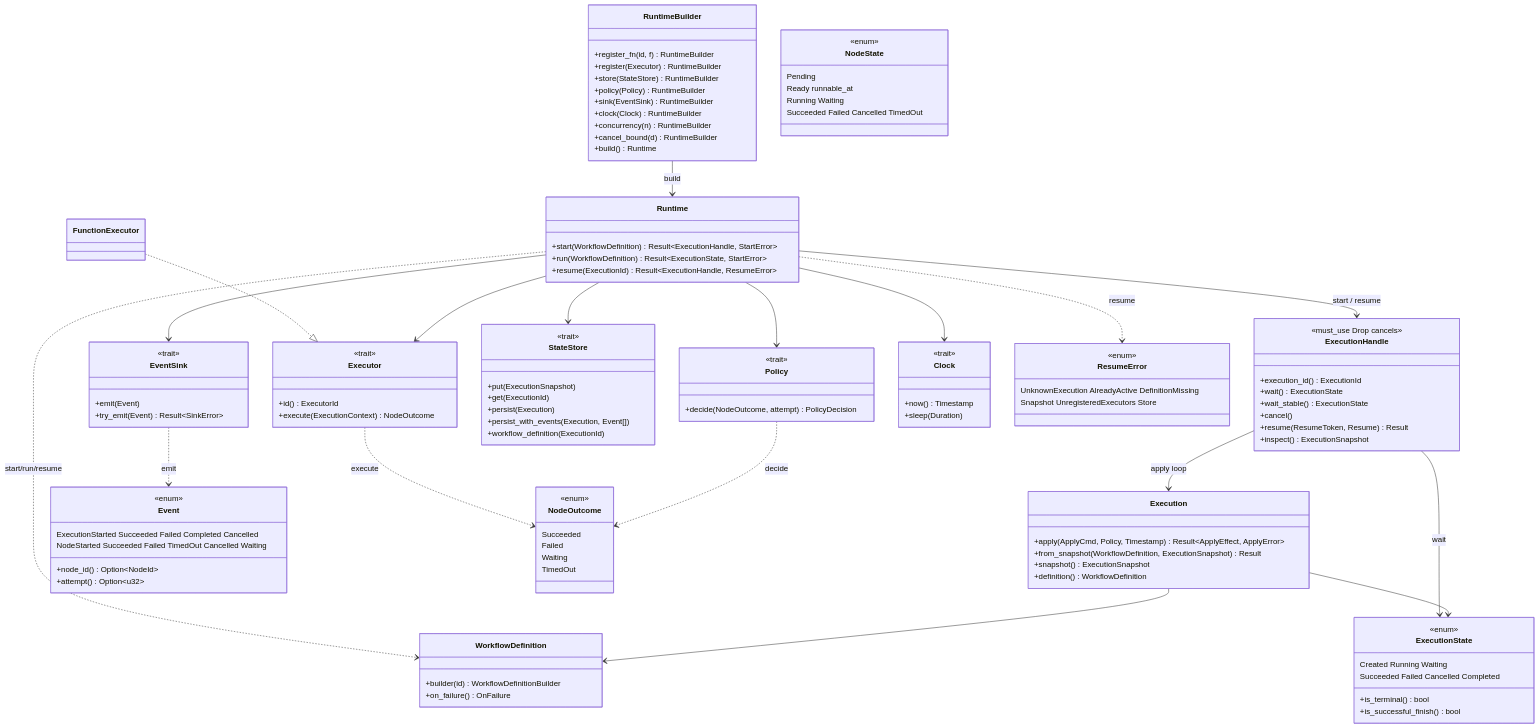
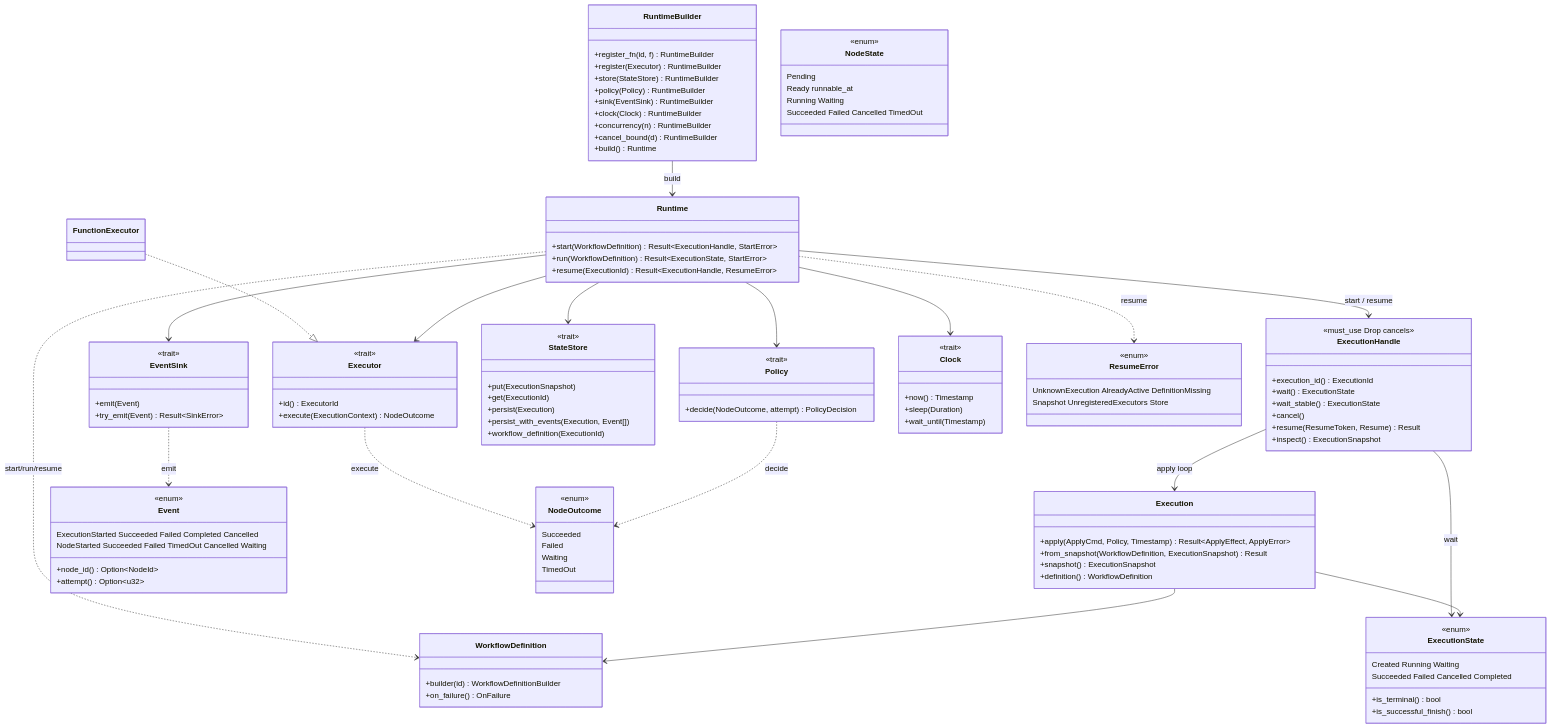
One commit to nessalabs/keel-rt changed the second of 2 diagrams in docs/ARCHITECTURE.md. Above: the diagram before and after it, drawn with Mermaid. The commit also changed other lines of this file and 12 other files, not shown here.

```diff
--- a/docs/ARCHITECTURE.md
+++ b/docs/ARCHITECTURE.md
@@ -169,6 +167,7 @@
     <<trait>>
     +now() Timestamp
     +sleep(Duration)
+    +wait_until(Timestamp)
   }
   class Event {
     <<enum>>
```
